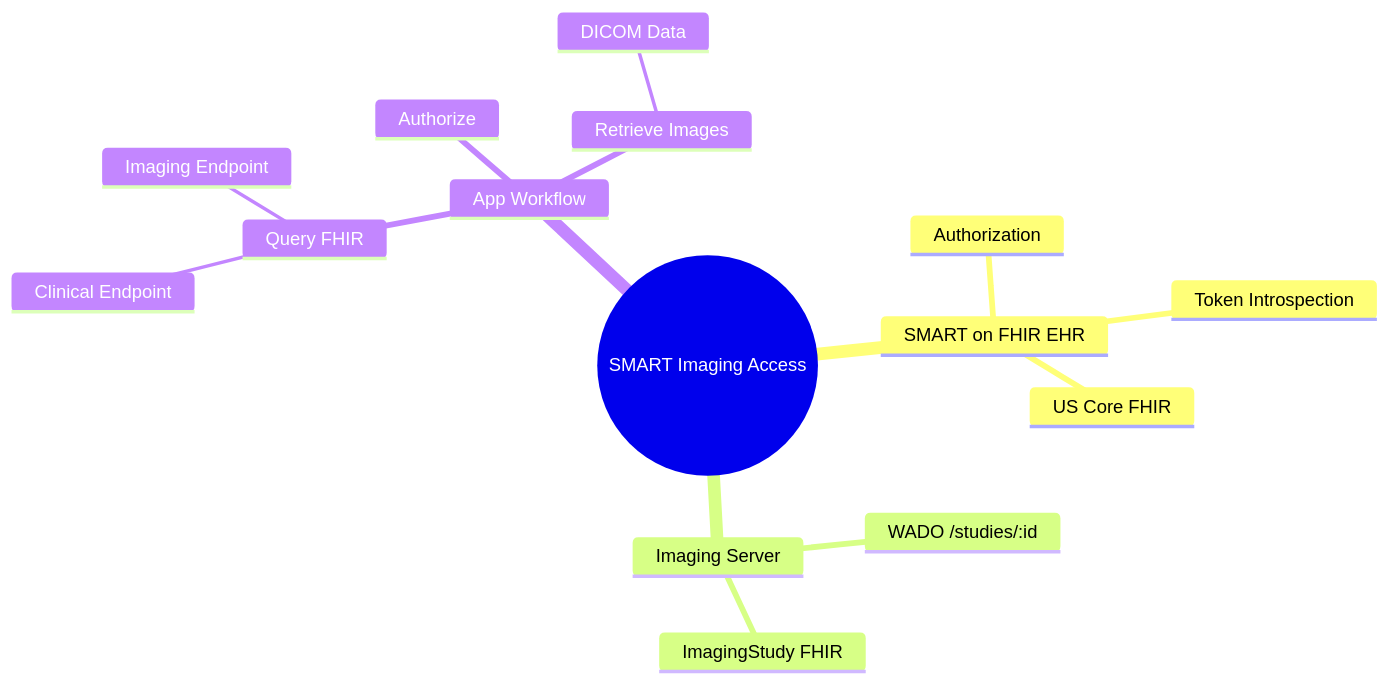
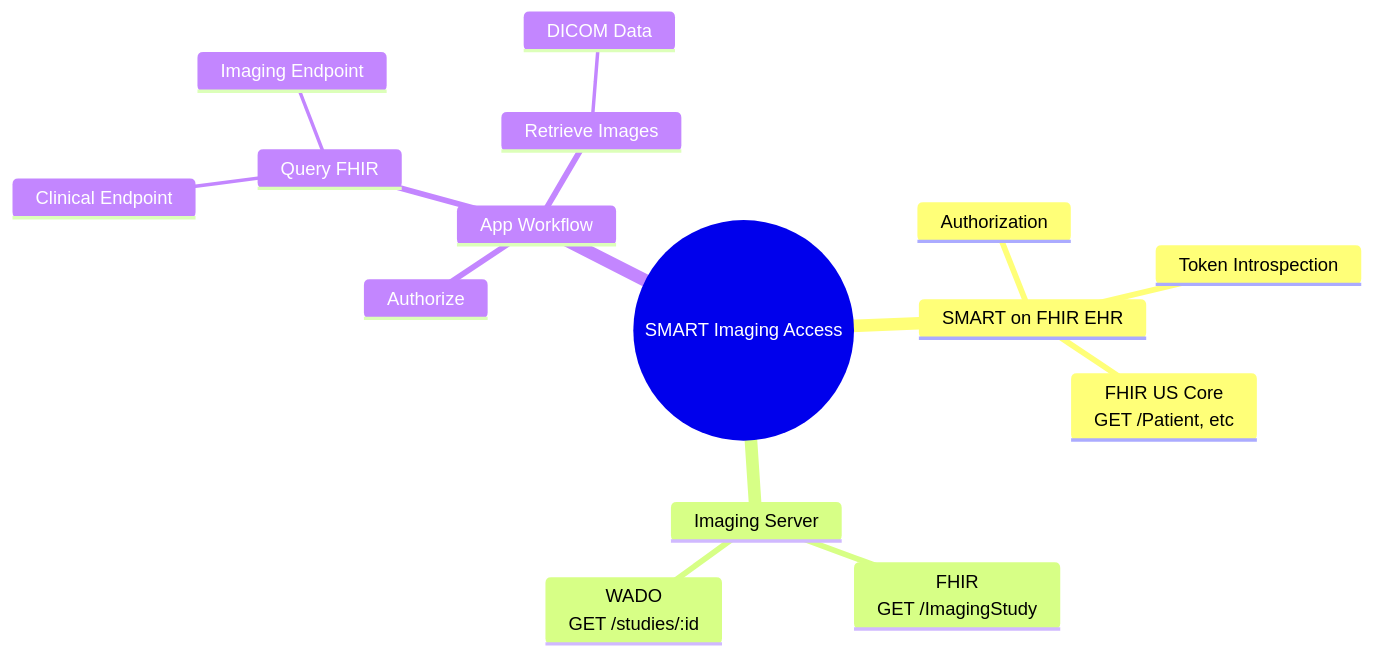
The first of 2 diagrams in README.md (jmandel/smart-imaging), drawn with Mermaid before and after one commit. The commit also changed other lines of this file, not shown here.

````diff
--- a/README.md
+++ b/README.md
@@ -9,18 +9,18 @@
 ```mermaid
 mindmap
   root((SMART Imaging Access))
     SMART on FHIR EHR
       Authorization
       Token Introspection
-      US Core FHIR
+      FHIR US Core<br>GET /Patient, etc
     Imaging Server
-      ImagingStudy FHIR
-      WADO /studies/:id
+      FHIR<br>GET /ImagingStudy
+      WADO<br>GET /studies/:id
     App Workflow
       Authorize
       Query FHIR
         Clinical Endpoint
         Imaging Endpoint
       Retrieve Images
         DICOM Data
 ```
````
